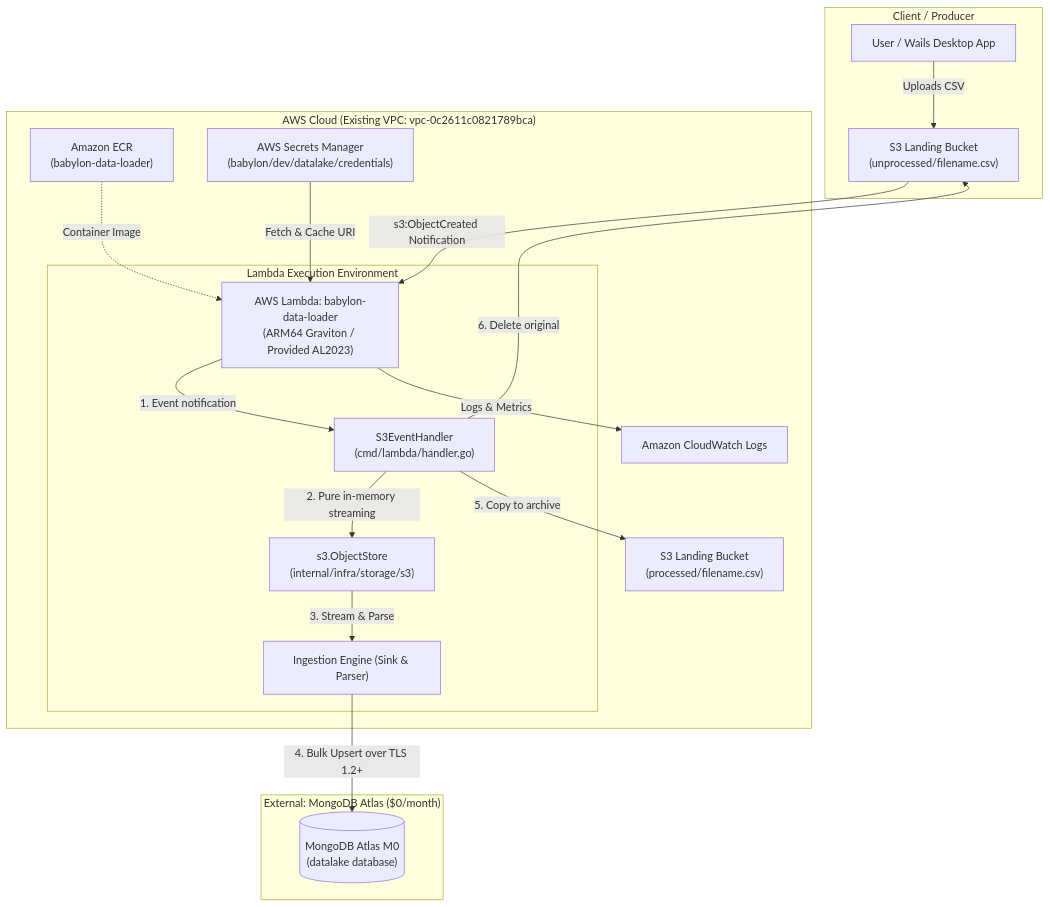
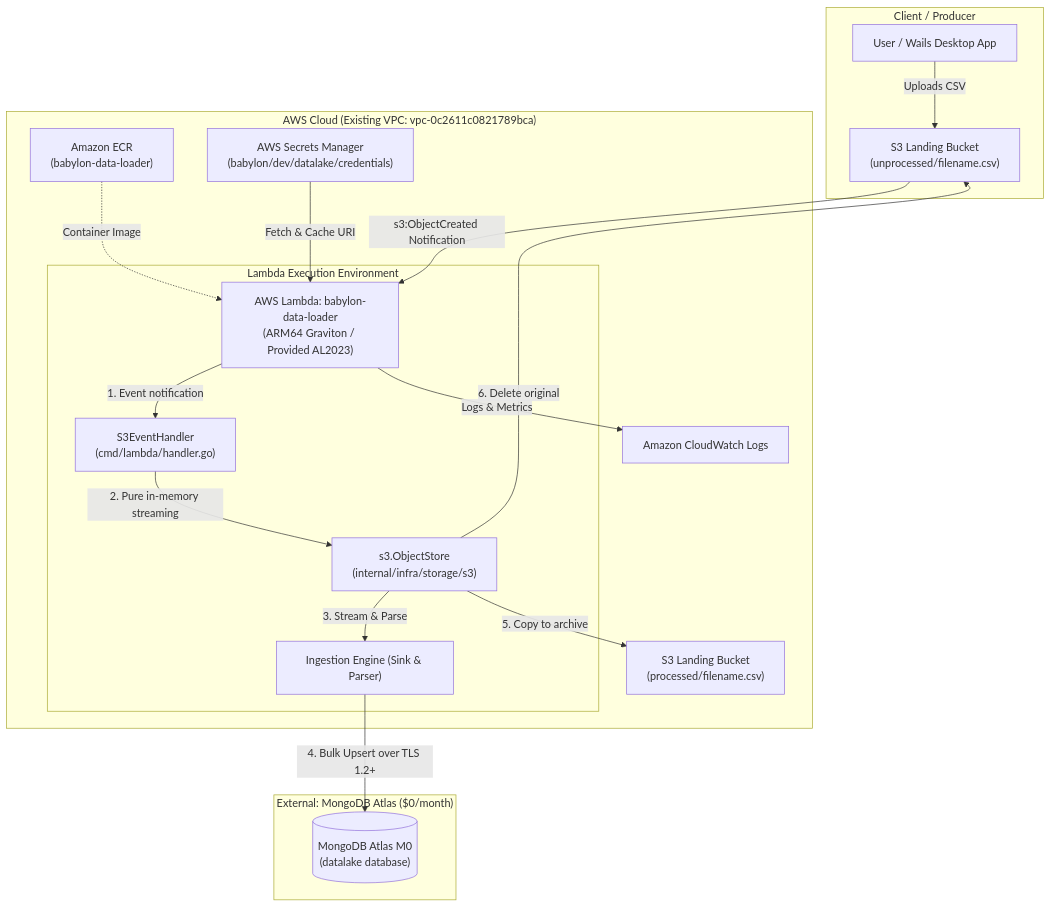
One commit to ajponte/babylon_deploy changed the first of 3 diagrams in docs/specs/data-loader-serverless-pipeline.md. Above: the diagram before and after it, drawn with Mermaid. The commit also changed other lines of this file, not shown here.

Commit message:
docs(specs): remediate review findings for in-memory s3 streaming and diagram precision

````diff
--- a/docs/specs/data-loader-serverless-pipeline.md
+++ b/docs/specs/data-loader-serverless-pipeline.md
@@ -104,27 +104,27 @@
 ```mermaid
 graph TD
     subgraph "Client / Producer"
         User["User / Wails Desktop App"] -->|Uploads CSV| S3Landing["S3 Landing Bucket<br/>(unprocessed/filename.csv)"]
     end
 
     subgraph "External: MongoDB Atlas ($0/month)"
         AtlasDB[("MongoDB Atlas M0<br/>(datalake database)")]
     end
 
     subgraph "AWS Cloud (Existing VPC: vpc-0c2611c0821789bca)"
         S3Landing -->|s3:ObjectCreated Notification| LambdaHandler["AWS Lambda: babylon-data-loader<br/>(ARM64 Graviton / Provided AL2023)"]
         ECR["Amazon ECR<br/>(babylon-data-loader)"] -.->|Container Image| LambdaHandler
         SecretsMgr["AWS Secrets Manager<br/>(babylon/dev/datalake/credentials)"] -->|Fetch & Cache URI| LambdaHandler
 
         subgraph "Lambda Execution Environment"
             LambdaHandler -->|1. Event notification| S3Handler["S3EventHandler<br/>(cmd/lambda/handler.go)"]
             S3Handler -->|2. Pure in-memory streaming| S3Store["s3.ObjectStore<br/>(internal/infra/storage/s3)"]
             S3Store -->|3. Stream & Parse| Engine["Ingestion Engine (Sink & Parser)"]
         end
 
         Engine -->|4. Bulk Upsert over TLS 1.2+| AtlasDB
-        S3Handler -->|5. Copy to archive| S3Processed["S3 Landing Bucket<br/>(processed/filename.csv)"]
-        S3Handler -->|6. Delete original| S3Landing
+        S3Store -->|5. Copy to archive| S3Processed["S3 Landing Bucket<br/>(processed/filename.csv)"]
+        S3Store -->|6. Delete original| S3Landing
         LambdaHandler -->|Logs & Metrics| CW["Amazon CloudWatch Logs"]
     end
 ```
````
